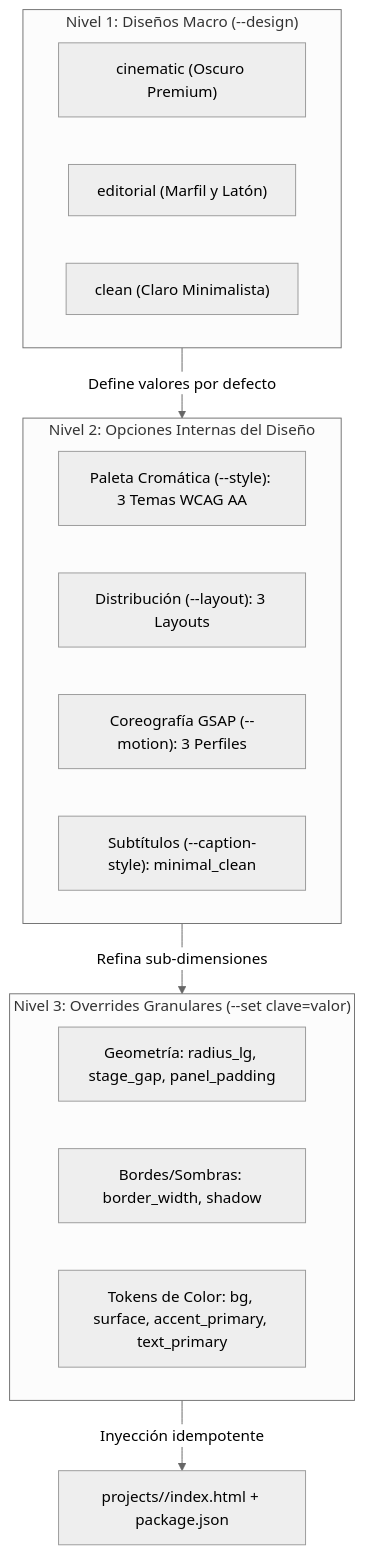
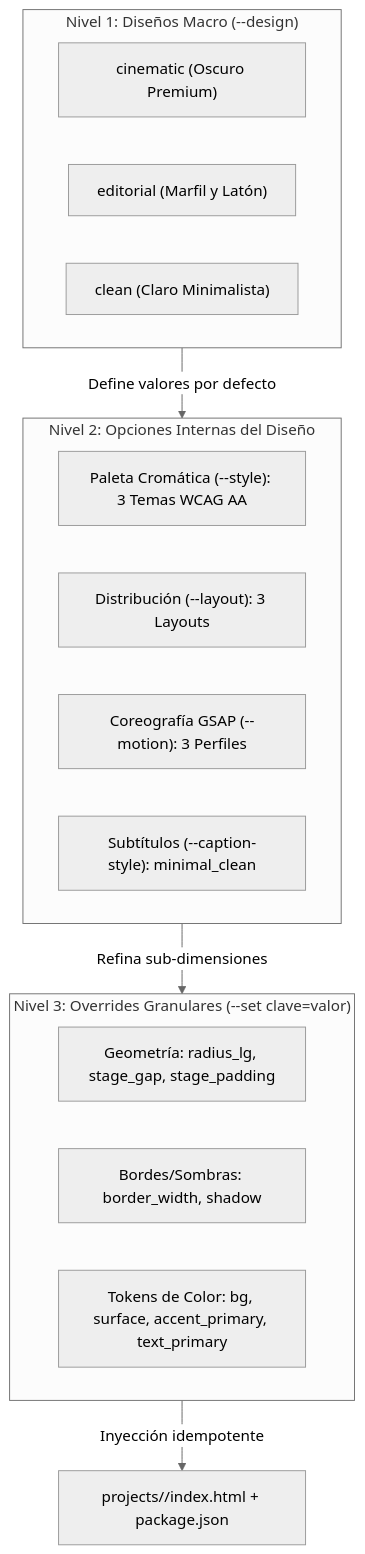
Before and after one commit to JorgeDoicela/video-pipeline: the diagram in docs/04-sistema-de-diseno/01-sistema-de-diseno-y-estilos.md, drawn with Mermaid (neutral theme). The commit also changed other lines of this file and 15 other files, not shown here.

````diff
--- a/docs/04-sistema-de-diseno/01-sistema-de-diseno-y-estilos.md
+++ b/docs/04-sistema-de-diseno/01-sistema-de-diseno-y-estilos.md
@@ -11,25 +11,25 @@
 ```mermaid
 flowchart TD
     subgraph N1 ["Nivel 1: Diseños Macro (--design)"]
         D1["cinematic (Oscuro Premium)"]
         D2["editorial (Marfil y Latón)"]
         D3["clean (Claro Minimalista)"]
     end
 
     subgraph N2 ["Nivel 2: Opciones Internas del Diseño"]
         S["Paleta Cromática (--style): 3 Temas WCAG AA"]
         L["Distribución (--layout): 3 Layouts"]
         M["Coreografía GSAP (--motion): 3 Perfiles"]
         K["Subtítulos (--caption-style): minimal_clean"]
     end
 
     subgraph N3 ["Nivel 3: Overrides Granulares (--set clave=valor)"]
-        O1["Geometría: radius_lg, stage_gap, panel_padding"]
+        O1["Geometría: radius_lg, stage_gap, stage_padding"]
         O2["Bordes/Sombras: border_width, shadow"]
         O3["Tokens de Color: bg, surface, accent_primary, text_primary"]
     end
 
     N1 -->|"Define valores por defecto"| N2
     N2 -->|"Refina sub-dimensiones"| N3
     N3 -->|"Inyección idempotente"| HTML["projects/<slug>/index.html + package.json"]
 ```
````
